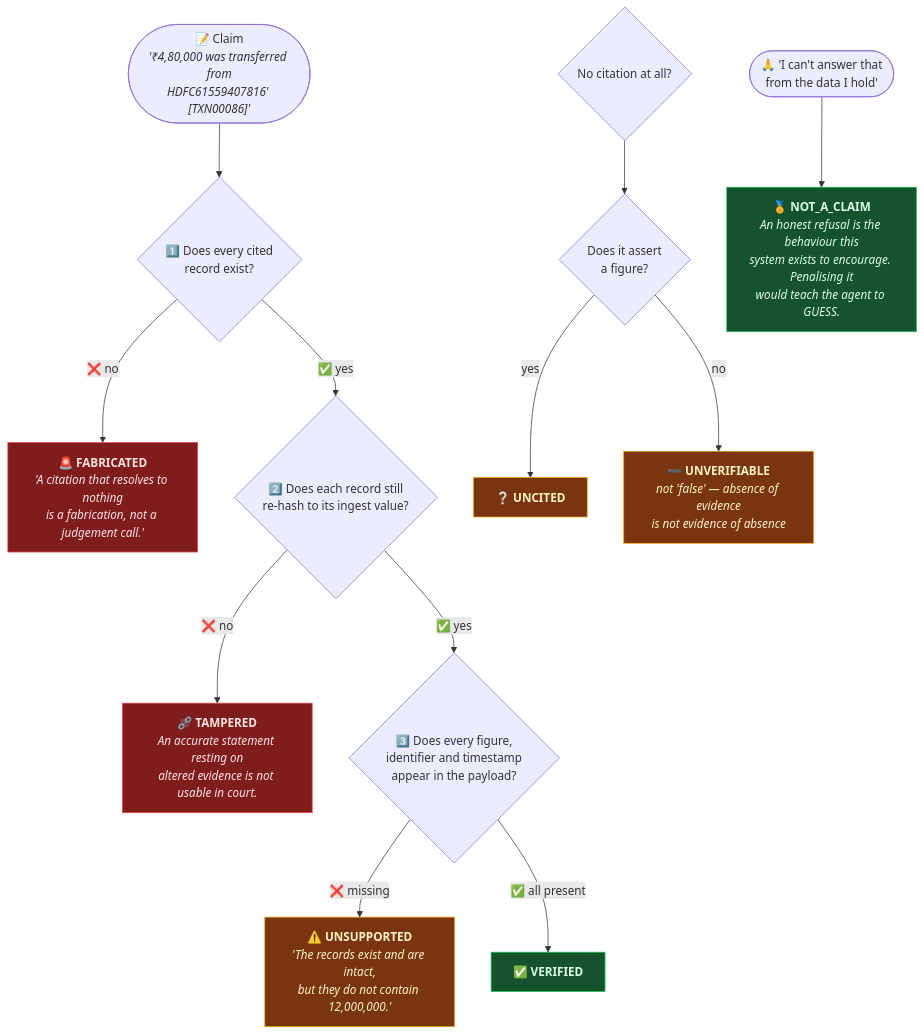
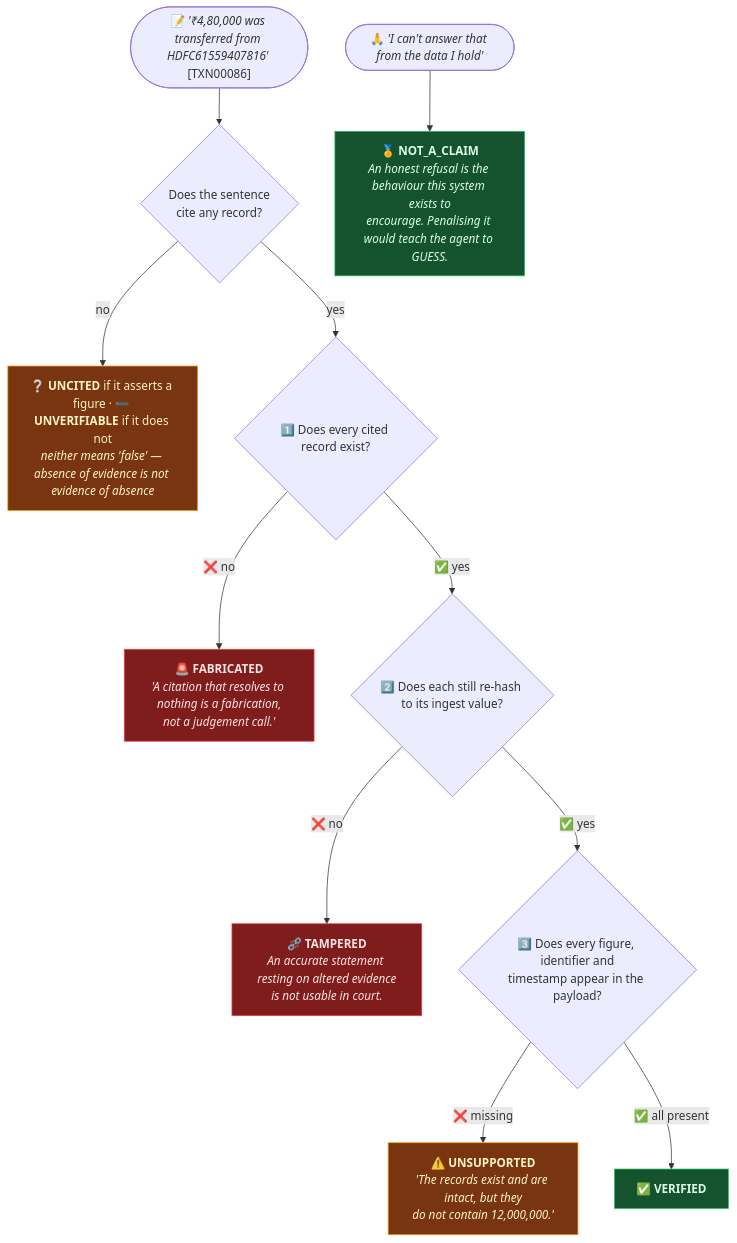
One commit to rakeshselvaraj0108/TLN changed diagram 14 of 15 in README.md. Above: the diagram before and after it, drawn with Mermaid. The commit also changed other lines of this file, not shown here.

First line of the commit message:
Rebuild the README diagrams to be readable at GitHub's column width

````diff
--- a/README.md
+++ b/README.md
@@ -731,26 +657,27 @@
 ```mermaid
 flowchart TD
-    CLAIM(["📝 Claim<br/><i>'₹4,80,000 was transferred from<br/>HDFC61559407816' [TXN00086]'</i>"]) --> RESOLVE{"1️⃣ Does every cited<br/>record exist?"}
+    CLAIM(["📝 <i>'₹4,80,000 was transferred from HDFC61559407816'</i> [TXN00086]"])
+    CLAIM --> C0{"Does the sentence<br/>cite any record?"}
 
-    RESOLVE -->|"❌ no"| FAB["🚨 <b>FABRICATED</b><br/><i>'A citation that resolves to nothing<br/>is a fabrication, not a judgement call.'</i>"]
-    RESOLVE -->|"✅ yes"| HASH{"2️⃣ Does each record still<br/>re-hash to its ingest value?"}
+    C0 -->|"no"| NONE["❔ <b>UNCITED</b> if it asserts a figure · ➖ <b>UNVERIFIABLE</b> if it does not<br/><i>neither means 'false' — absence of evidence is not evidence of absence</i>"]
+    C0 -->|"yes"| R1{"1️⃣ Does every cited record exist?"}
 
-    HASH -->|"❌ no"| TAMP["⛓️‍💥 <b>TAMPERED</b><br/><i>An accurate statement resting on<br/>altered evidence is not usable in court.</i>"]
-    HASH -->|"✅ yes"| FIG{"3️⃣ Does every figure,<br/>identifier and timestamp<br/>appear in the payload?"}
+    R1 -->|"❌ no"| FAB["🚨 <b>FABRICATED</b><br/><i>'A citation that resolves to nothing is a fabrication,<br/>not a judgement call.'</i>"]
+    R1 -->|"✅ yes"| R2{"2️⃣ Does each still re-hash to its ingest value?"}
 
-    FIG -->|"❌ missing"| UNS["⚠️ <b>UNSUPPORTED</b><br/><i>'The records exist and are intact,<br/>but they do not contain 12,000,000.'</i>"]
-    FIG -->|"✅ all present"| VERI["✅ <b>VERIFIED</b>"]
+    R2 -->|"❌ no"| TAMP["⛓️‍💥 <b>TAMPERED</b><br/><i>An accurate statement resting on altered evidence<br/>is not usable in court.</i>"]
+    R2 -->|"✅ yes"| R3{"3️⃣ Does every figure, identifier and<br/>timestamp appear in the payload?"}
 
-    NOCITE{"No citation at all?"} --> HASFIG{"Does it assert<br/>a figure?"}
-    HASFIG -->|yes| UNC["❔ <b>UNCITED</b>"]
-    HASFIG -->|no| UNV["➖ <b>UNVERIFIABLE</b><br/><i>not 'false' — absence of evidence<br/>is not evidence of absence</i>"]
+    R3 -->|"❌ missing"| UNS["⚠️ <b>UNSUPPORTED</b><br/><i>'The records exist and are intact, but they<br/>do not contain 12,000,000.'</i>"]
+    R3 -->|"✅ all present"| VERI["✅ <b>VERIFIED</b>"]
 
-    REFUSE(["🙏 'I can't answer that<br/>from the data I hold'"]) --> NAC["🏅 <b>NOT_A_CLAIM</b><br/><i>An honest refusal is the behaviour this<br/>system exists to encourage. Penalising it<br/>would teach the agent to GUESS.</i>"]
+    REFUSE(["🙏 <i>'I can't answer that from the data I hold'</i>"])
+    REFUSE --> NAC["🏅 <b>NOT_A_CLAIM</b><br/><i>An honest refusal is the behaviour this system exists to<br/>encourage. Penalising it would teach the agent to GUESS.</i>"]
 
     classDef ok fill:#14532d,stroke:#22c55e,color:#dcfce7
     classDef bad fill:#7f1d1d,stroke:#ef4444,color:#fee2e2
     classDef warn fill:#78350f,stroke:#f59e0b,color:#fef3c7
     class VERI,NAC ok
     class FAB,TAMP bad
-    class UNS,UNC,UNV warn
+    class UNS,NONE warn
 ```
````
